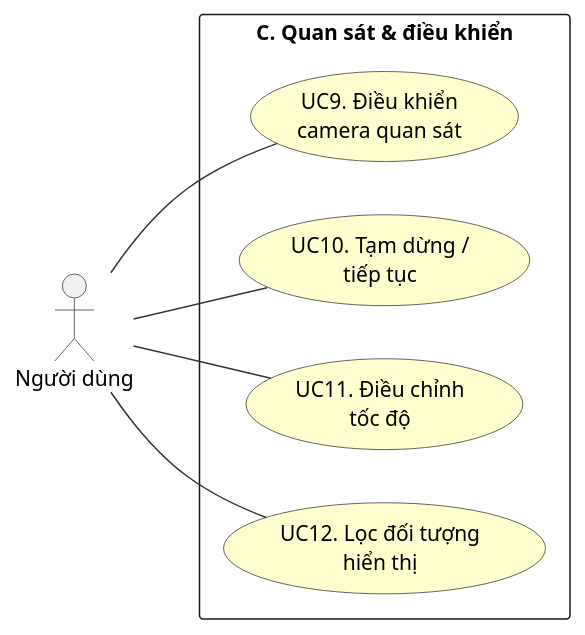
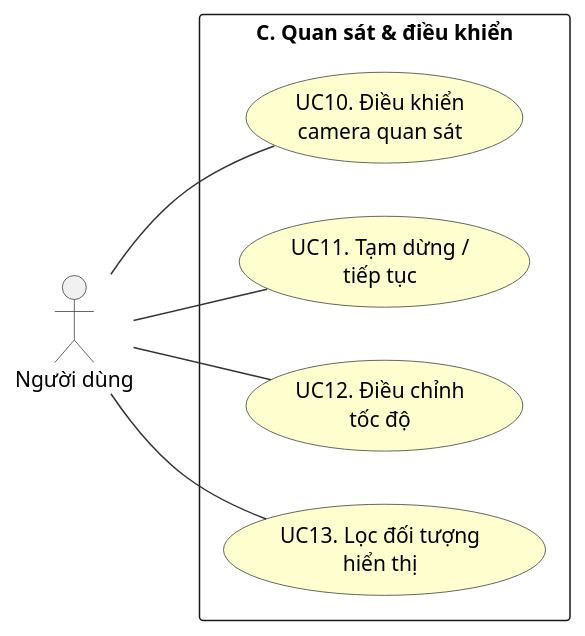
One commit to MinhHoang137/SUMO-GR1 changed the diagram in DiagramsCode/hinh2.5-usecase-nhom-C.puml. Above: the diagram before and after it, drawn with PlantUML. The commit also changed 33 other files, not shown here.

```diff
--- a/DiagramsCode/hinh2.5-usecase-nhom-C.puml
+++ b/DiagramsCode/hinh2.5-usecase-nhom-C.puml
@@ -1,23 +1,23 @@
 @startuml hinh2.5-usecase-nhom-C
 left to right direction
 skinparam packageStyle rectangle
 skinparam usecaseBorderColor #333333
 skinparam usecaseBackgroundColor #FEFECE
 skinparam actorBorderColor #333333
 skinparam ArrowColor #333333
 
 actor "Người dùng" as User
 
 rectangle "C. Quan sát & điều khiển" {
-  usecase "UC9. Điều khiển\ncamera quan sát" as UC9
-  usecase "UC10. Tạm dừng /\ntiếp tục" as UC10
-  usecase "UC11. Điều chỉnh\ntốc độ" as UC11
-  usecase "UC12. Lọc đối tượng\nhiển thị" as UC12
+  usecase "UC10. Điều khiển\ncamera quan sát" as UC10
+  usecase "UC11. Tạm dừng /\ntiếp tục" as UC11
+  usecase "UC12. Điều chỉnh\ntốc độ" as UC12
+  usecase "UC13. Lọc đối tượng\nhiển thị" as UC13
 }
 
-User -- UC9
 User -- UC10
 User -- UC11
 User -- UC12
+User -- UC13
 
 @enduml
```
